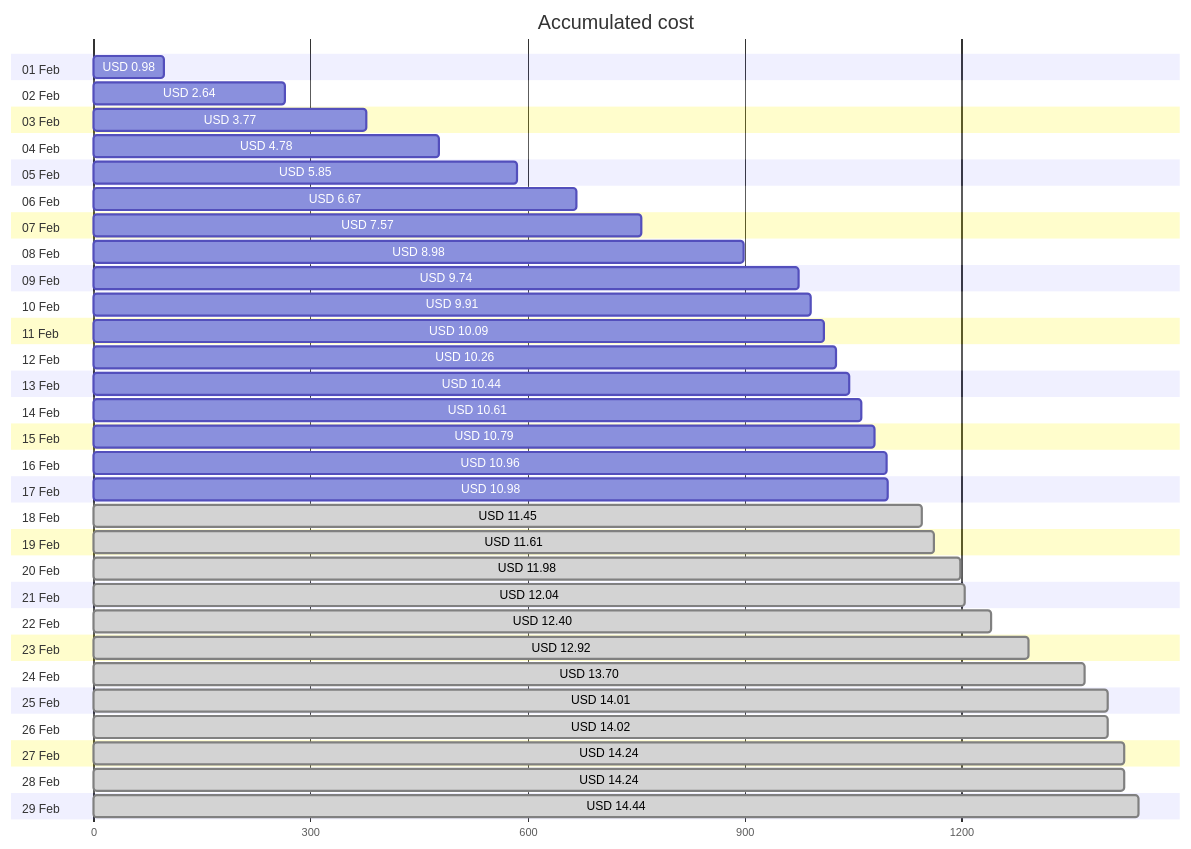
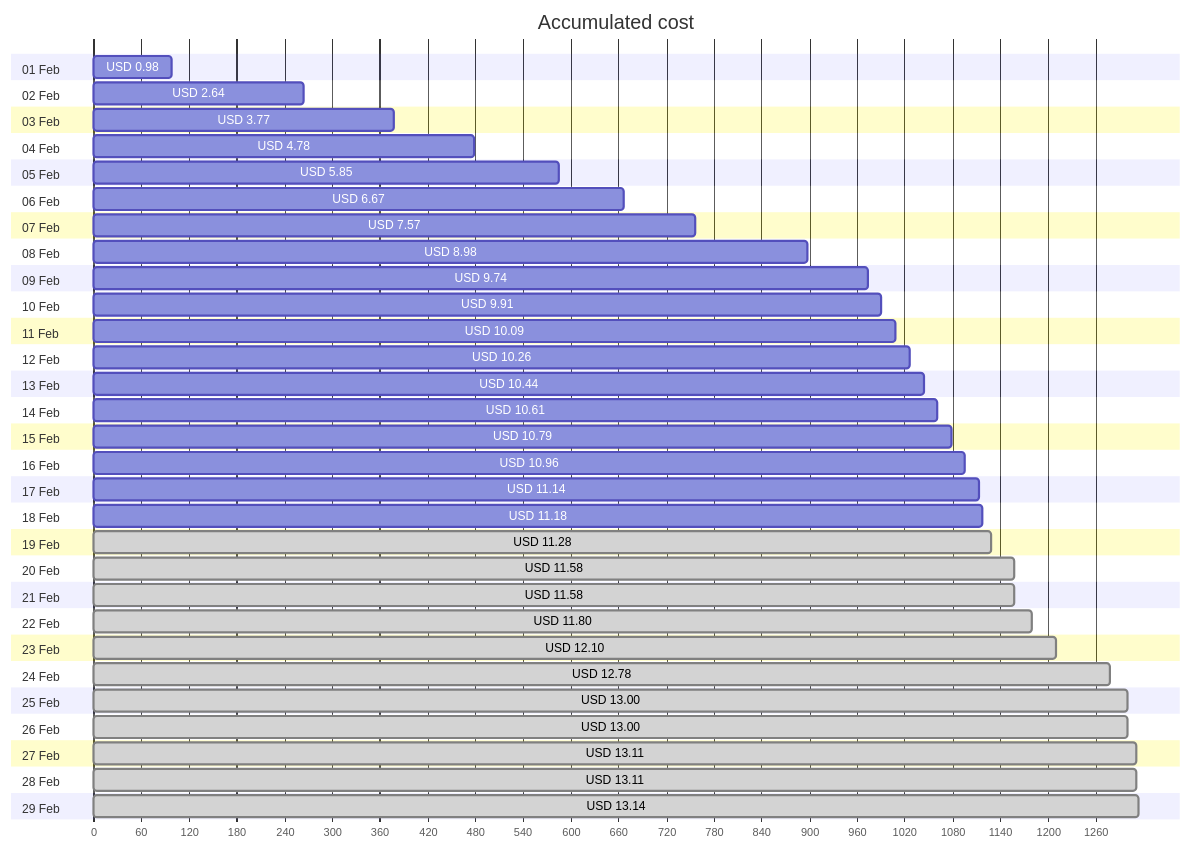
The first of 4 diagrams in cost-reports/personal-network/vpn-server.md (jpfulton/azure-personal-reports), drawn with Mermaid before and after one commit. The commit also changed other lines of this file and 8 other files, not shown here.

````diff
--- a/cost-reports/personal-network/vpn-server.md
+++ b/cost-reports/personal-network/vpn-server.md
@@ -20,64 +20,64 @@
 ```mermaid
 gantt
    title Accumulated cost
    dateFormat  X
    axisFormat %s
    section 01 Feb
    USD 0.98 :0, 98
    section 02 Feb
    USD 2.64 :0, 264
    section 03 Feb
    USD 3.77 :0, 377
    section 04 Feb
    USD 4.78 :0, 478
    section 05 Feb
    USD 5.85 :0, 585
    section 06 Feb
    USD 6.67 :0, 667
    section 07 Feb
    USD 7.57 :0, 757
    section 08 Feb
    USD 8.98 :0, 898
    section 09 Feb
    USD 9.74 :0, 974
    section 10 Feb
    USD 9.91 :0, 991
    section 11 Feb
    USD 10.09 :0, 1009
    section 12 Feb
    USD 10.26 :0, 1026
    section 13 Feb
    USD 10.44 :0, 1044
    section 14 Feb
    USD 10.61 :0, 1061
    section 15 Feb
    USD 10.79 :0, 1079
    section 16 Feb
    USD 10.96 :0, 1096
    section 17 Feb
-   USD 10.98 :0, 1098
+   USD 11.14 :0, 1114
    section 18 Feb
-   USD 11.45 : done, 0, 1145
+   USD 11.18 :0, 1118
    section 19 Feb
-   USD 11.61 : done, 0, 1161
+   USD 11.28 : done, 0, 1128
    section 20 Feb
-   USD 11.98 : done, 0, 1198
+   USD 11.58 : done, 0, 1158
    section 21 Feb
-   USD 12.04 : done, 0, 1204
+   USD 11.58 : done, 0, 1158
    section 22 Feb
-   USD 12.40 : done, 0, 1240
+   USD 11.80 : done, 0, 1180
    section 23 Feb
-   USD 12.92 : done, 0, 1292
+   USD 12.10 : done, 0, 1210
    section 24 Feb
-   USD 13.70 : done, 0, 1370
+   USD 12.78 : done, 0, 1278
    section 25 Feb
-   USD 14.01 : done, 0, 1401
+   USD 13.00 : done, 0, 1300
    section 26 Feb
-   USD 14.02 : done, 0, 1402
+   USD 13.00 : done, 0, 1300
    section 27 Feb
-   USD 14.24 : done, 0, 1424
+   USD 13.11 : done, 0, 1311
    section 28 Feb
-   USD 14.24 : done, 0, 1424
+   USD 13.11 : done, 0, 1311
    section 29 Feb
-   USD 14.44 : done, 0, 1444
+   USD 13.14 : done, 0, 1314
 ```
````
